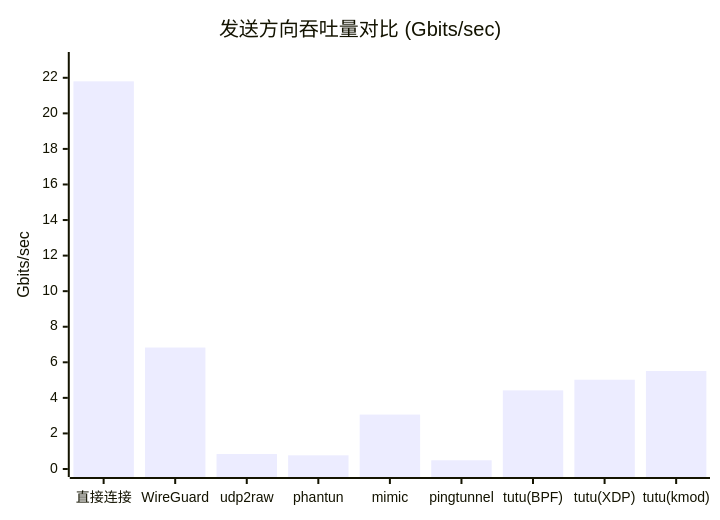
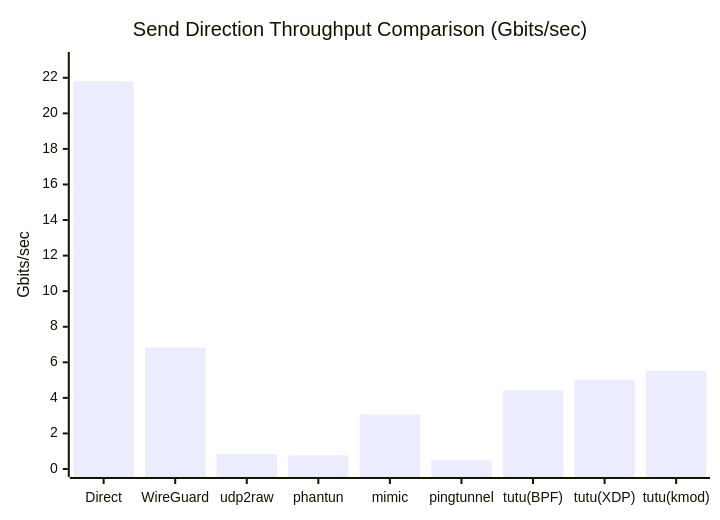
Before and after one commit to hrimfaxi/tutuicmptunnel: the second of 3 diagrams in docs/benchmark.md, drawn with Mermaid. The commit also changed other lines of this file and 16 other files, not shown here.

First line of the commit message:
docs: 从 tutuicmptunnel-kmod dev 分支搬运文档并适配 BPF 版本

````diff
--- a/docs/benchmark.md
+++ b/docs/benchmark.md
@@ -48,7 +52,7 @@
 ```mermaid
 xychart-beta
-    title "发送方向吞吐量对比 (Gbits/sec)"
-    x-axis ["直接连接", "WireGuard", "udp2raw", "phantun", "mimic", "pingtunnel", "tutu(BPF)", "tutu(XDP)", "tutu(kmod)"]
+    title "Send Direction Throughput Comparison (Gbits/sec)"
+    x-axis ["Direct", "WireGuard", "udp2raw", "phantun", "mimic", "pingtunnel", "tutu(BPF)", "tutu(XDP)", "tutu(kmod)"]
     y-axis "Gbits/sec" 0 --> 23
     bar [21.8, 6.83, 0.841, 0.769, 3.06, 0.49, 4.42, 5.02, 5.51]
 ```
````
